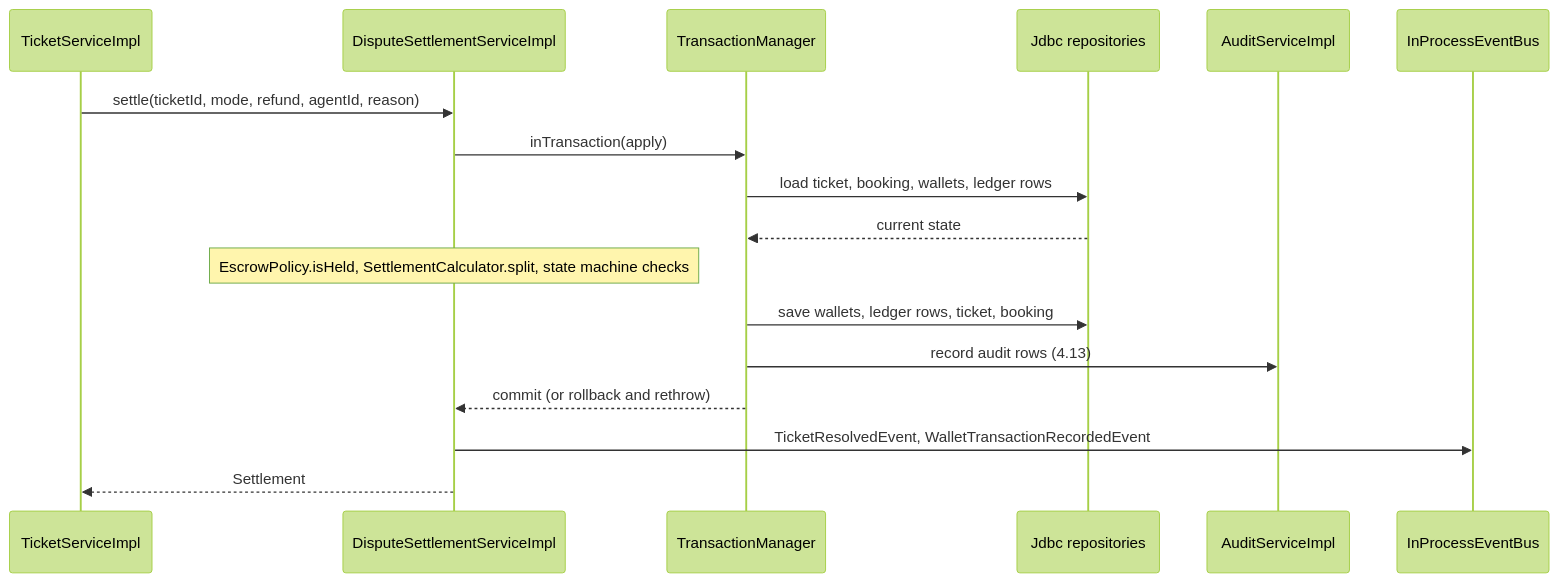
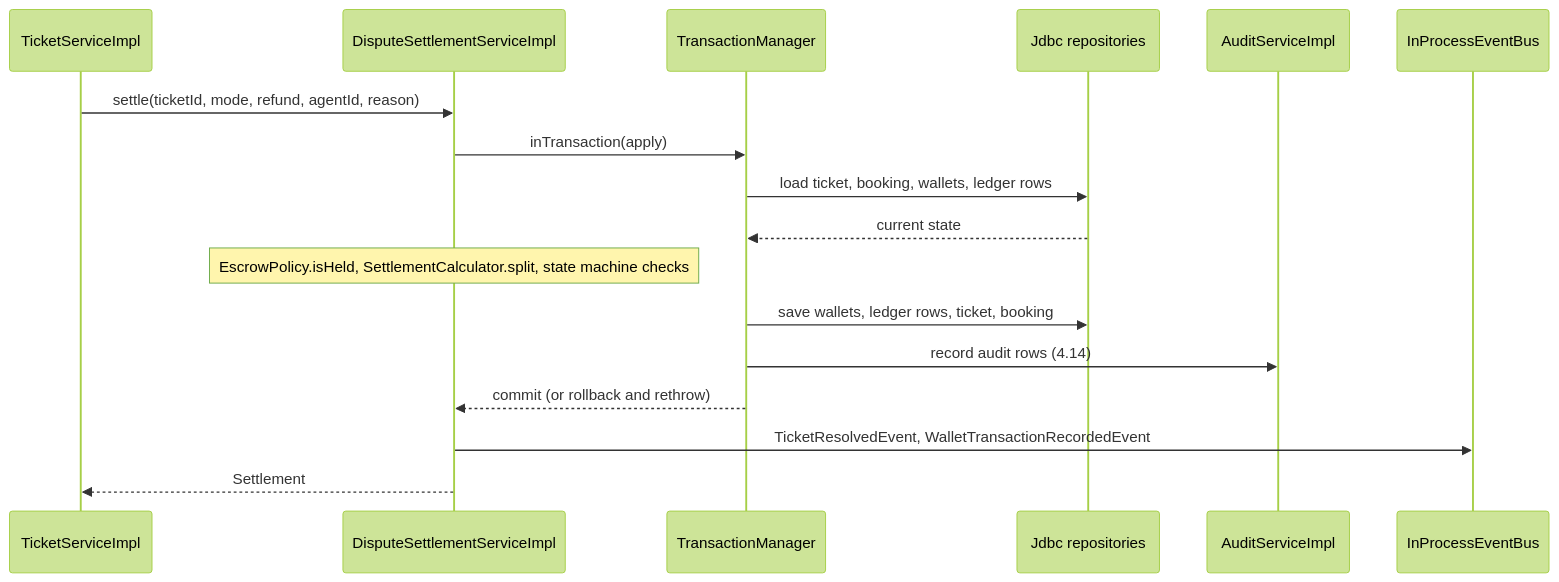
One commit to CS3227-2610-MP2-SnoozeShare/CS3227-2610-MP2 changed the third of 10 diagrams in docs/DeveloperGuide.md. Above: the diagram before and after it, drawn with Mermaid (forest theme). The commit also changed other lines of this file and 4 other files, not shown here.

````diff
--- a/docs/DeveloperGuide.md
+++ b/docs/DeveloperGuide.md
@@ -491,19 +479,19 @@
 ```mermaid
 sequenceDiagram
   participant TS as TicketServiceImpl
   participant DS as DisputeSettlementServiceImpl
   participant TM as TransactionManager
   participant R as Jdbc repositories
   participant AU as AuditServiceImpl
   participant EB as InProcessEventBus
   TS->>DS: settle(ticketId, mode, refund, agentId, reason)
   DS->>TM: inTransaction(apply)
   TM->>R: load ticket, booking, wallets, ledger rows
   R-->>TM: current state
   Note over DS: EscrowPolicy.isHeld, SettlementCalculator.split, state machine checks
   TM->>R: save wallets, ledger rows, ticket, booking
-  TM->>AU: record audit rows (4.13)
+  TM->>AU: record audit rows (4.14)
   TM-->>DS: commit (or rollback and rethrow)
   DS->>EB: TicketResolvedEvent, WalletTransactionRecordedEvent
   DS-->>TS: Settlement
 ```
````
